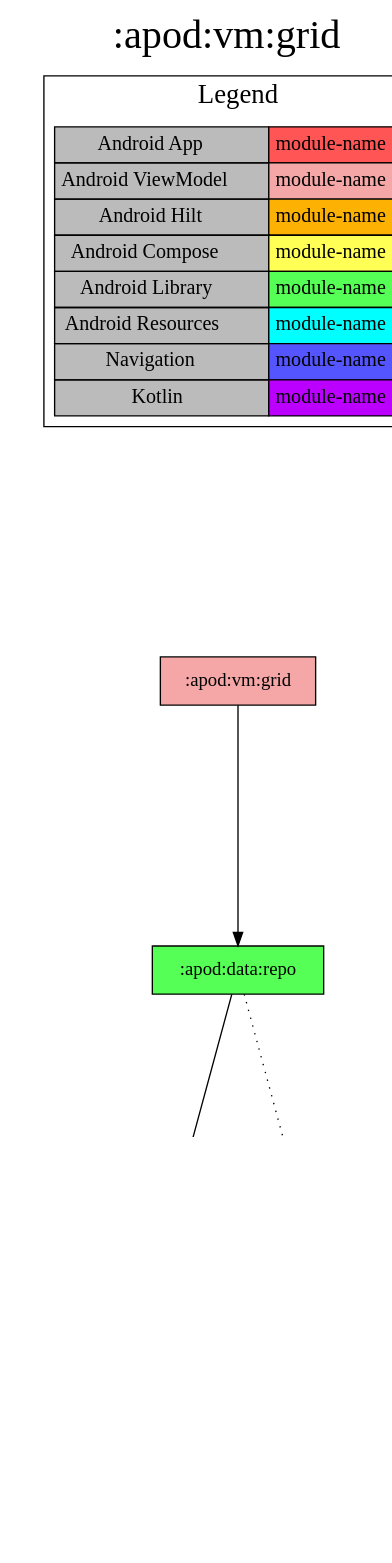
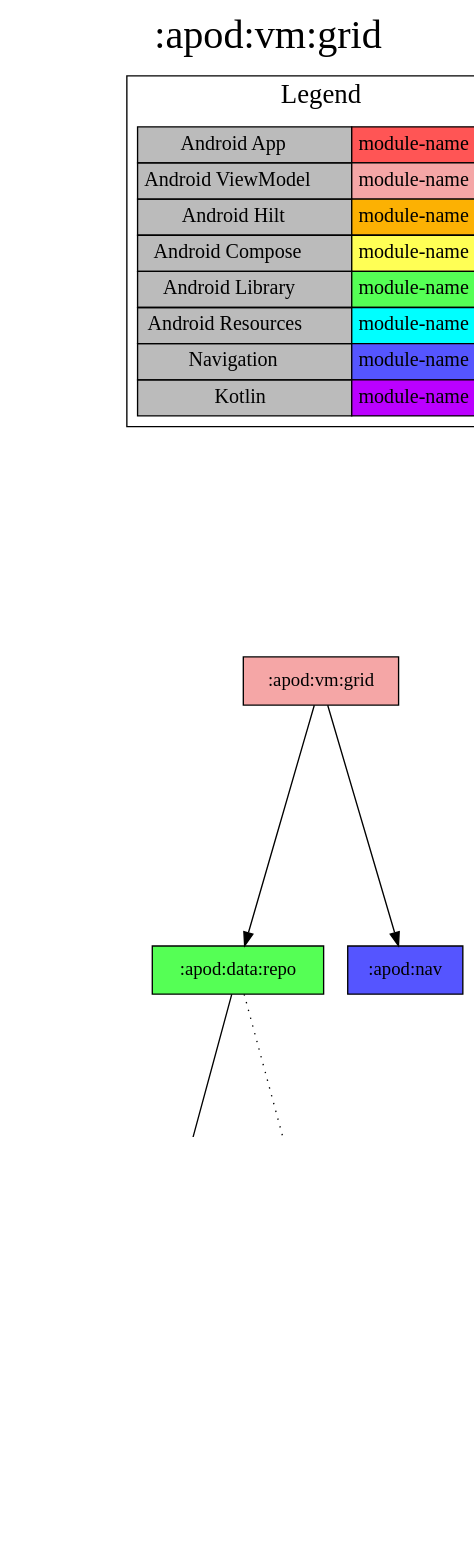
The diagram in modules/apod/vm/grid/project-dependency-graph.dot (jonapoul/nasa-android), drawn with Graphviz before and after one commit. The commit also changed 85 other files, not shown here.

```diff
--- a/modules/apod/vm/grid/project-dependency-graph.dot
+++ b/modules/apod/vm/grid/project-dependency-graph.dot
@@ -1,36 +1,38 @@
 digraph {
 edge ["dir"="forward"]
 graph ["dpi"="100","label"=":apod:vm:grid","labelloc"="t","fontsize"="30","ranksep"="2.5","rankdir"="TB"]
 node ["style"="filled"]
 ":apod:vm:grid" ["fillcolor"="#F5A6A6","shape"="box"]
 ":apod:data:repo" ["fillcolor"="#55FF55","shape"="box"]
 ":apod:data:api" ["fillcolor"="#BB00FF","shape"="box"]
 ":apod:model" ["fillcolor"="#BB00FF","shape"="box"]
 ":core:model" ["fillcolor"="#BB00FF","shape"="box"]
 ":db:apod" ["fillcolor"="#BB00FF","shape"="box"]
+":apod:nav" ["fillcolor"="#5555FF","shape"="box"]
 {
 edge ["dir"="none"]
 graph ["rank"="same"]
 }
 ":apod:vm:grid" -> ":apod:data:repo"
+":apod:vm:grid" -> ":apod:nav"
 ":apod:data:repo" -> ":apod:data:api"
 ":apod:data:repo" -> ":db:apod" ["style"="dotted"]
 ":apod:data:api" -> ":apod:model"
 ":apod:data:api" -> ":core:model"
 subgraph "cluster_legend" {
 edge ["dir"="none"]
 graph ["label"="Legend","fontsize"="20"]
 "Legend" ["style"="filled","fillcolor"="#bbbbbb","shape"="none","margin"="0","fontsize"="15","label"=<
 <TABLE BORDER="0" CELLBORDER="1" CELLSPACING="0" CELLPADDING="4">
 <TR><TD>Android App</TD><TD BGCOLOR="#FF5555">module-name</TD></TR>
 <TR><TD>Android ViewModel</TD><TD BGCOLOR="#F5A6A6">module-name</TD></TR>
 <TR><TD>Android Hilt</TD><TD BGCOLOR="#FCB103">module-name</TD></TR>
 <TR><TD>Android Compose</TD><TD BGCOLOR="#FFFF55">module-name</TD></TR>
 <TR><TD>Android Library</TD><TD BGCOLOR="#55FF55">module-name</TD></TR>
 <TR><TD>Android Resources</TD><TD BGCOLOR="#00FFFF">module-name</TD></TR>
 <TR><TD>Navigation</TD><TD BGCOLOR="#5555FF">module-name</TD></TR>
 <TR><TD>Kotlin</TD><TD BGCOLOR="#BB00FF">module-name</TD></TR>
 </TABLE>
 >]
 } -> ":apod:vm:grid" ["style"="invis"]
 }
```
